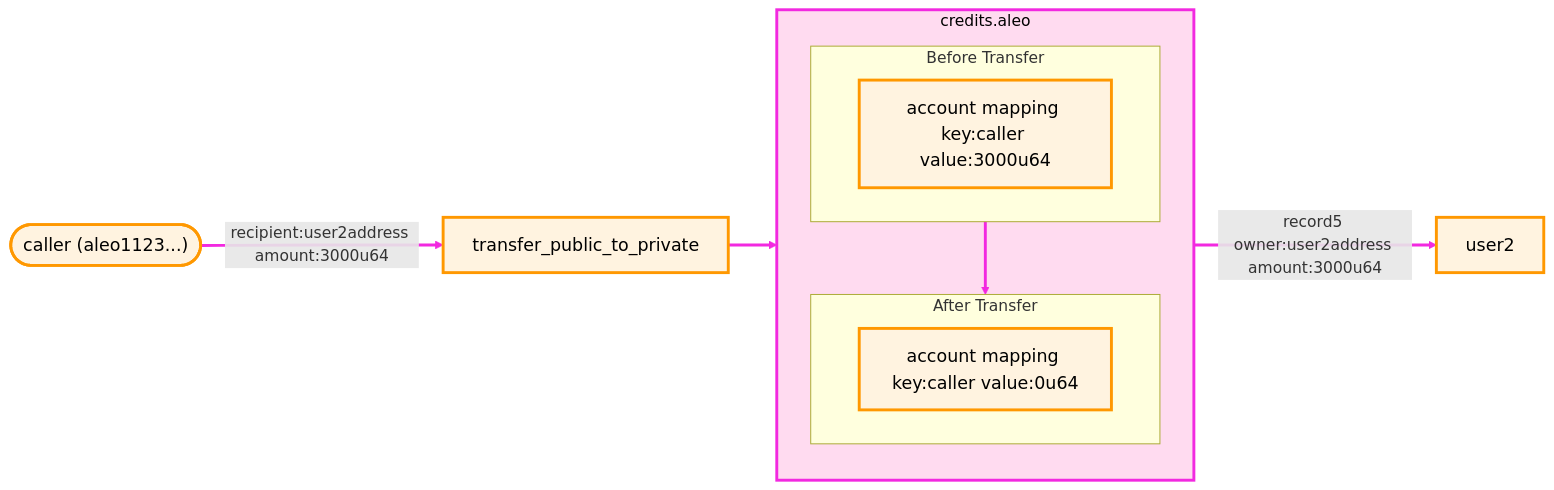
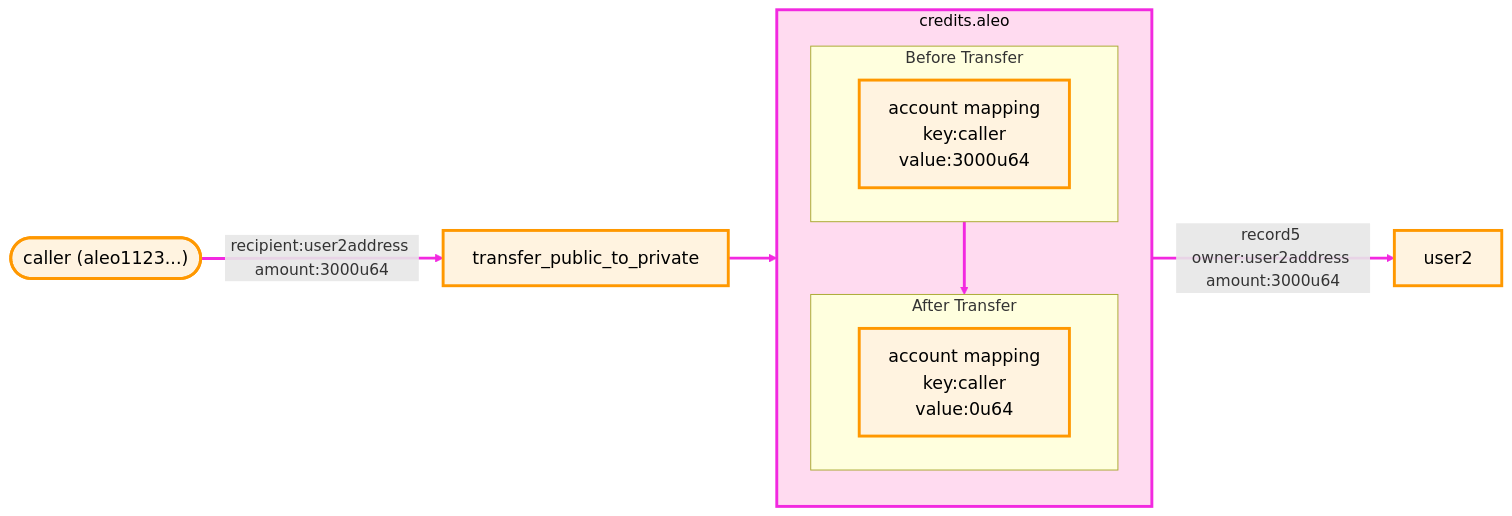
One commit to AleoNet/welcome changed the fifth of 6 diagrams in documentation/concepts/fundamentals/08_transfers.md. Above: the diagram before and after it, drawn with Mermaid. The commit also changed other lines of this file, not shown here.

Commit message:
diagram visual fix

````diff
--- a/documentation/concepts/fundamentals/08_transfers.md
+++ b/documentation/concepts/fundamentals/08_transfers.md
@@ -205,19 +205,19 @@
 ```mermaid
 graph LR
     user1(["caller (aleo1123...)"])--recipient:user2address amount:3000u64-->t1[transfer_public_to_private]
     subgraph credits.aleo
         subgraph after["After Transfer"]
-            m1_after[account mapping key:caller value:0u64]
+            m1_after[account mapping<br>key:caller<br>value:0u64]
         end
         subgraph before["Before Transfer"]
-            m1_before[account mapping key:caller value:3000u64]
+            m1_before[account mapping<br>key:caller<br>value:3000u64]
         end
     end
     t1-->credits.aleo
     before-->after
     credits.aleo--record5 owner:user2address amount:3000u64-->user2
 
     classDef default fill:#fff3e0,stroke:#ff9800,stroke-width:3px,color:#000,font-size:18px;
     style credits.aleo fill:#ffdbf0,stroke:#f229e0,stroke-width:3px,color:#000,font-size:16px;
     linkStyle default stroke:#f229e0,stroke-width:3px;
 ```
````
